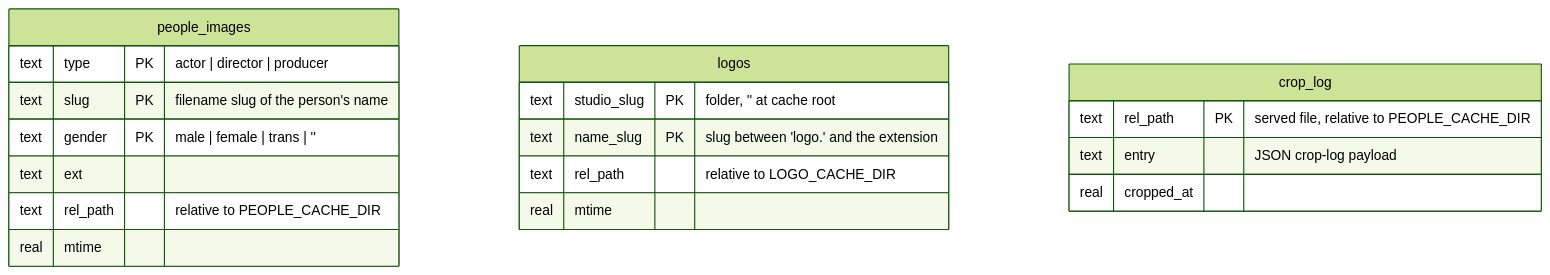
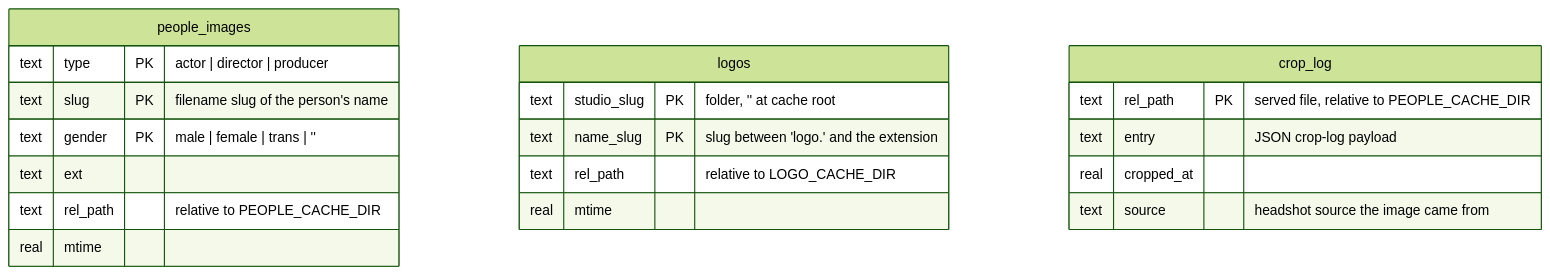
Before and after one commit to PhoenixAdultProvider/PhoenixAdult: the second of 2 diagrams in docs/database.md, drawn with Mermaid (forest theme). The commit also changed other lines of this file and 11 other files, not shown here.

First line of the commit message:
feat(people): record which source each cached headshot came from

````diff
--- a/docs/database.md
+++ b/docs/database.md
@@ -258,22 +259,23 @@
 ```mermaid
 erDiagram
   people_images {
     text type PK "actor | director | producer"
     text slug PK "filename slug of the person's name"
     text gender PK "male | female | trans | ''"
     text ext
     text rel_path "relative to PEOPLE_CACHE_DIR"
     real mtime
   }
   logos {
     text studio_slug PK "folder, '' at cache root"
     text name_slug PK "slug between 'logo.' and the extension"
     text rel_path "relative to LOGO_CACHE_DIR"
     real mtime
   }
   crop_log {
     text rel_path PK "served file, relative to PEOPLE_CACHE_DIR"
     text entry "JSON crop-log payload"
     real cropped_at
+    text source "headshot source the image came from"
   }
 ```
````
